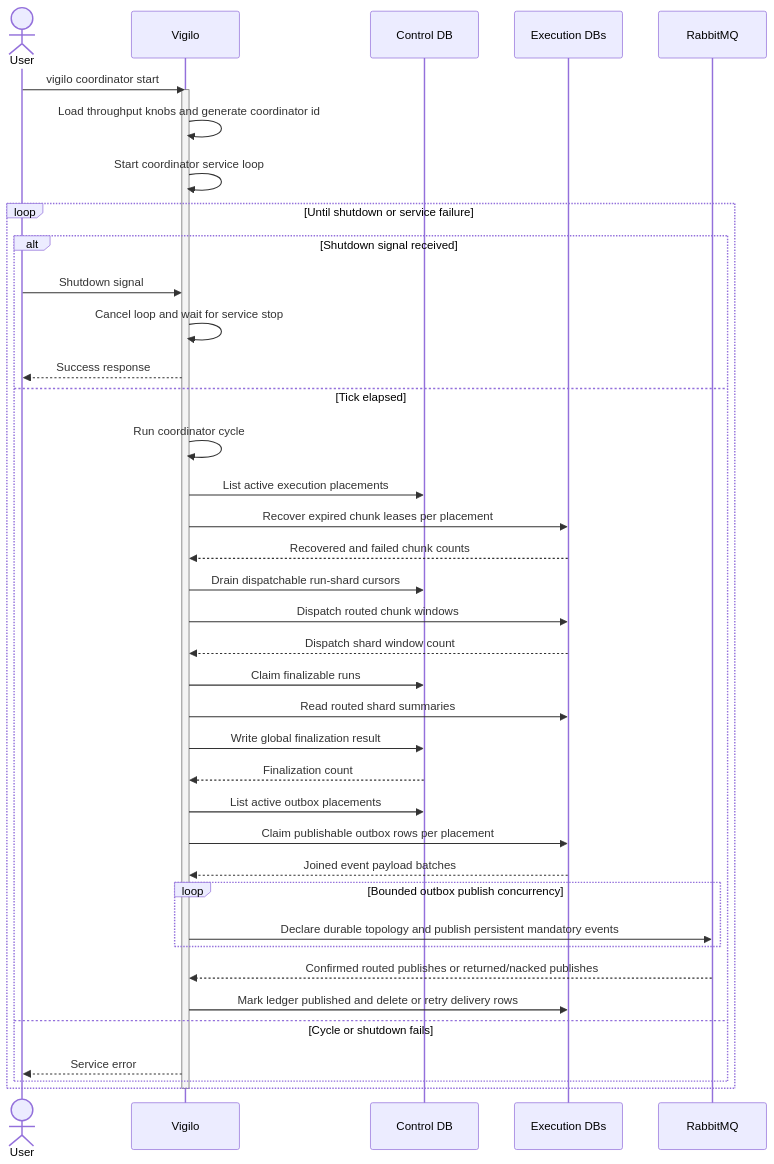
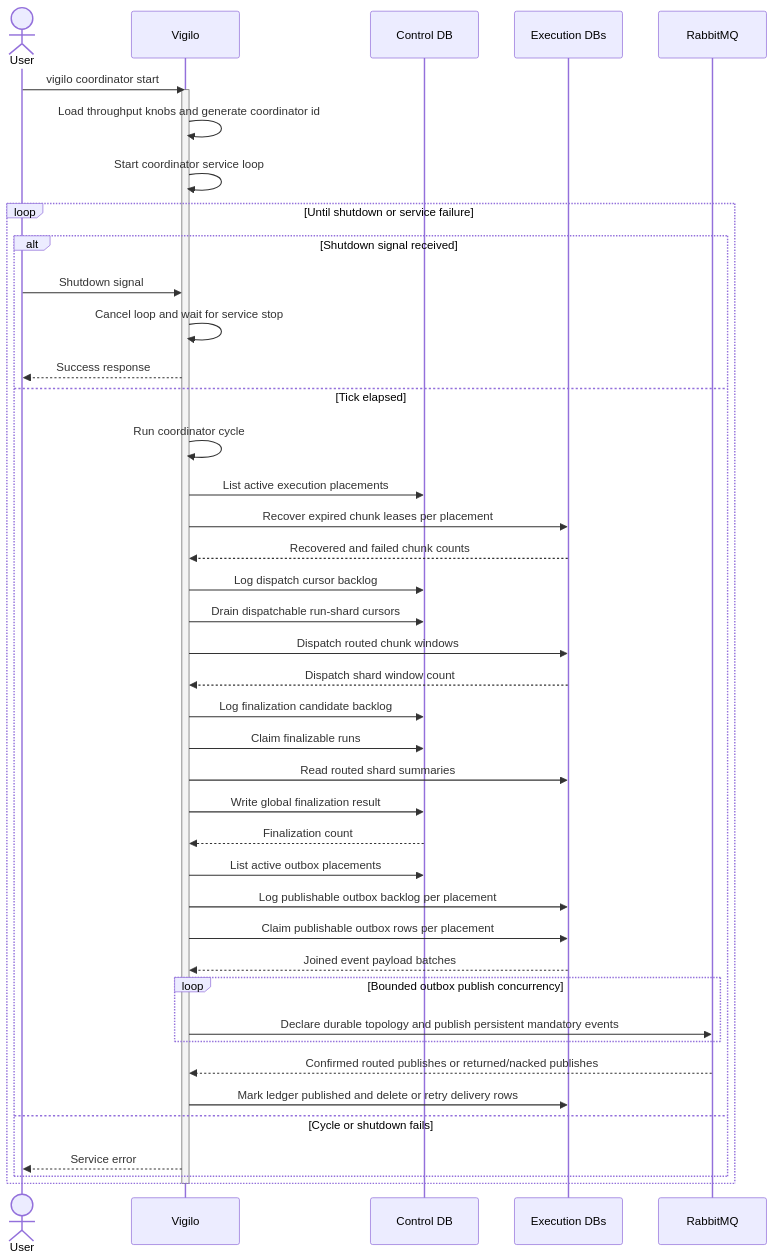
One commit to gregl83/agent-vigilo changed the diagram in web/docs/architecture/flows/coordinator/start/execution-flow.mmd. Above: the diagram before and after it, drawn with Mermaid. The commit also changed 10 other files, not shown here.

```diff
--- a/web/docs/architecture/flows/coordinator/start/execution-flow.mmd
+++ b/web/docs/architecture/flows/coordinator/start/execution-flow.mmd
@@ -1,50 +1,53 @@
 ---
 config:
   flowchart:
     nodeSpacing: 150
     rankSpacing: 80
   themeVariables:
     edgeLabelBackground: 'transparent'
 ---
 sequenceDiagram
     actor User
     participant Vigilo
     participant ControlDB as Control DB
     participant ExecutionDB as Execution DBs
     participant Queue as RabbitMQ
 
     User->>Vigilo: vigilo coordinator start
     activate Vigilo
     Vigilo->>Vigilo: Load throughput knobs and generate coordinator id
     Vigilo->>Vigilo: Start coordinator service loop
 
     loop Until shutdown or service failure
         alt Shutdown signal received
             User->>Vigilo: Shutdown signal
             Vigilo->>Vigilo: Cancel loop and wait for service stop
             Vigilo-->>User: Success response
         else Tick elapsed
             Vigilo->>Vigilo: Run coordinator cycle
             Vigilo->>ControlDB: List active execution placements
             Vigilo->>ExecutionDB: Recover expired chunk leases per placement
             ExecutionDB-->>Vigilo: Recovered and failed chunk counts
+            Vigilo->>ControlDB: Log dispatch cursor backlog
             Vigilo->>ControlDB: Drain dispatchable run-shard cursors
             Vigilo->>ExecutionDB: Dispatch routed chunk windows
             ExecutionDB-->>Vigilo: Dispatch shard window count
+            Vigilo->>ControlDB: Log finalization candidate backlog
             Vigilo->>ControlDB: Claim finalizable runs
             Vigilo->>ExecutionDB: Read routed shard summaries
             Vigilo->>ControlDB: Write global finalization result
             ControlDB-->>Vigilo: Finalization count
             Vigilo->>ControlDB: List active outbox placements
+            Vigilo->>ExecutionDB: Log publishable outbox backlog per placement
             Vigilo->>ExecutionDB: Claim publishable outbox rows per placement
             ExecutionDB-->>Vigilo: Joined event payload batches
             loop Bounded outbox publish concurrency
                 Vigilo->>Queue: Declare durable topology and publish persistent mandatory events
             end
             Queue-->>Vigilo: Confirmed routed publishes or returned/nacked publishes
             Vigilo->>ExecutionDB: Mark ledger published and delete or retry delivery rows
         else Cycle or shutdown fails
             Vigilo-->>User: Service error
         end
     end
     deactivate Vigilo
```
